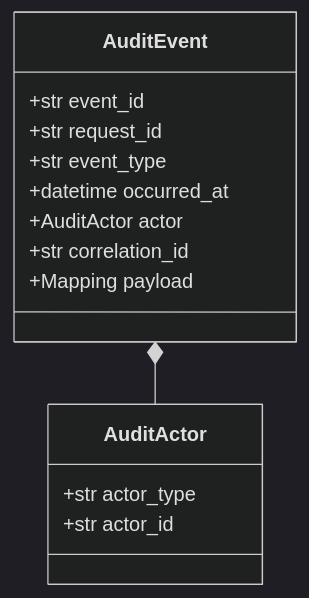
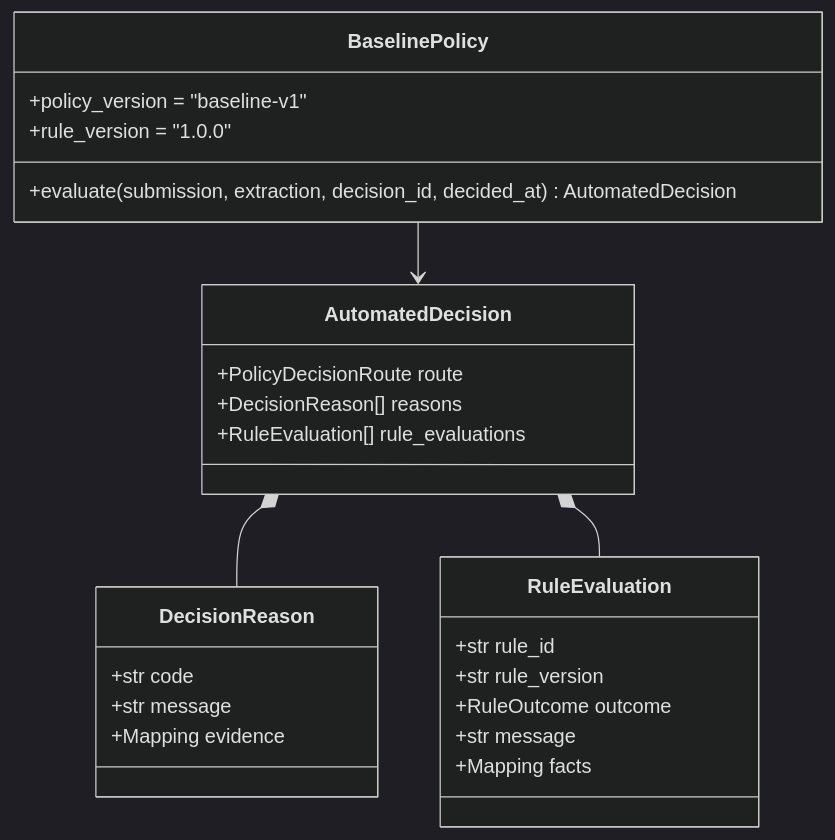
Before and after one commit to Dev-Luigy/automation_luigygabriel: the fourth of 5 diagrams in docs/domain-model.md, drawn with Mermaid (dark theme). The commit also changed other lines of this file and 13 other files, not shown here.

Commit message:
docs: finalize assessment architecture and report

````diff
--- a/docs/domain-model.md
+++ b/docs/domain-model.md
@@ -316,17 +183,29 @@
 ```mermaid
 classDiagram
-    class AuditActor {
-        +str actor_type
-        +str actor_id
+    class BaselinePolicy {
+        +policy_version = "baseline-v1"
+        +rule_version = "1.0.0"
+        +evaluate(submission, extraction, decision_id, decided_at) AutomatedDecision
     }
-    class AuditEvent {
-        +str event_id
-        +str request_id
-        +str event_type
-        +datetime occurred_at
-        +AuditActor actor
-        +str correlation_id
-        +Mapping payload
+    class AutomatedDecision {
+        +PolicyDecisionRoute route
+        +DecisionReason[] reasons
+        +RuleEvaluation[] rule_evaluations
     }
-    AuditEvent *-- AuditActor
+    class DecisionReason {
+        +str code
+        +str message
+        +Mapping evidence
+    }
+    class RuleEvaluation {
+        +str rule_id
+        +str rule_version
+        +RuleOutcome outcome
+        +str message
+        +Mapping facts
+    }
+
+    BaselinePolicy --> AutomatedDecision
+    AutomatedDecision *-- DecisionReason
+    AutomatedDecision *-- RuleEvaluation
 ```
````
